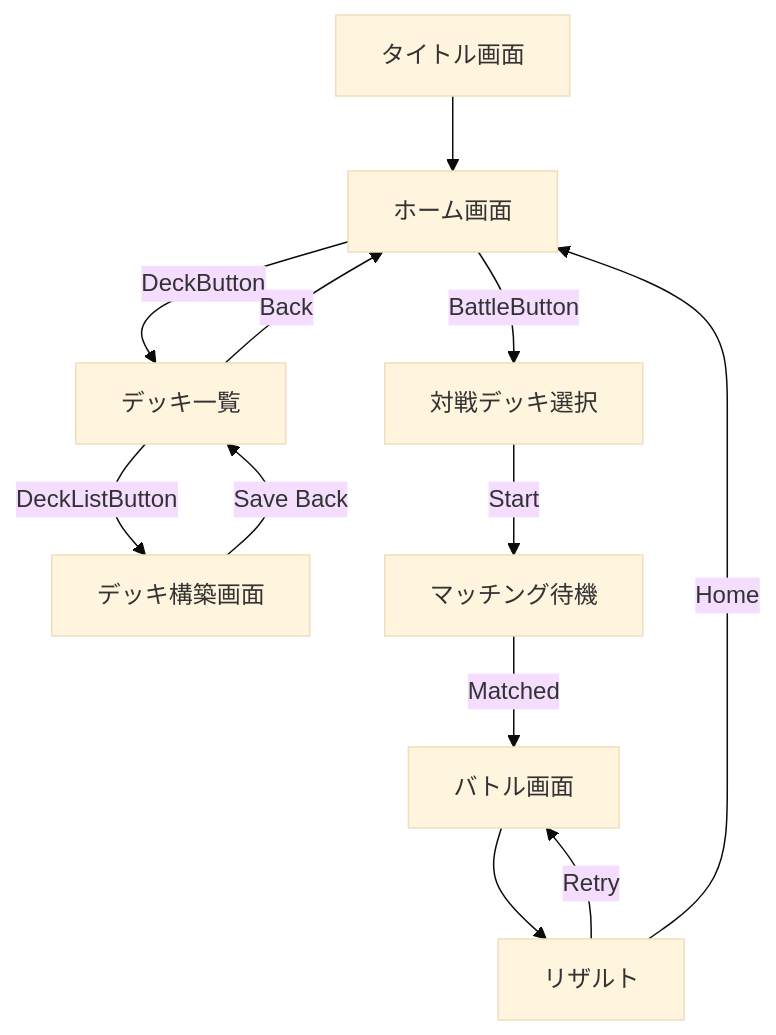
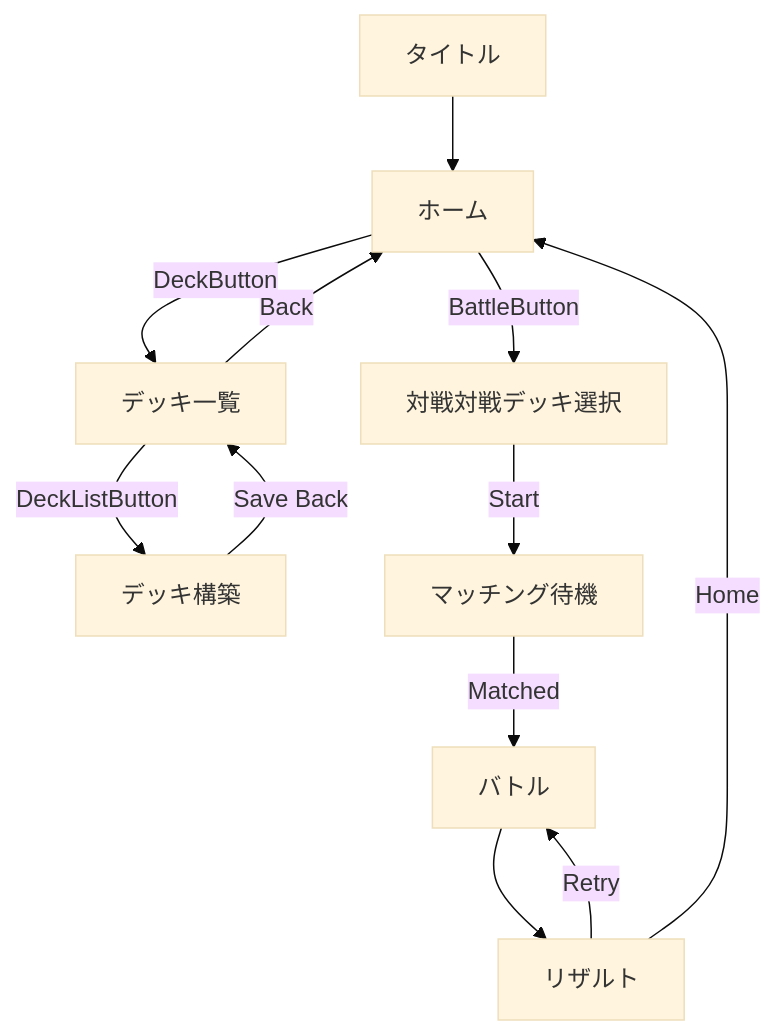
Before and after one commit to nao7075/HAND-TACTICS: the diagram in HAND_TACTICS.md, drawn with Mermaid (base theme). The commit also changed other lines of this file and 4 other files, not shown here.

````diff
--- a/HAND_TACTICS.md
+++ b/HAND_TACTICS.md
@@ -110,17 +128,17 @@
 ```mermaid
 graph TD  
-    Start[タイトル画面] --> Home[ホーム画面];  
+    Start[タイトル] --> Home[ホーム];  
       
     Home -->|DeckButton| DeckList[デッキ一覧];  
-    DeckList -->|DeckListButton| Deck[デッキ構築画面];  
+    DeckList -->|DeckListButton| Deck[デッキ構築];  
     Deck -->|Save  Back| DeckList;  
     DeckList -->|Back| Home;  
       
-    Home -->|BattleButton| DeckSelect[対戦デッキ選択];  
+    Home -->|BattleButton| DeckSelect[対戦対戦デッキ選択];  
     DeckSelect -->|Start| Matching[マッチング待機];  
-    Matching -->|Matched| Battle[バトル画面];  
+    Matching -->|Matched| Battle[バトル];  
       
     Battle --> GameEnd[リザルト];  
     GameEnd -->|Retry| Battle;  
     GameEnd -->|Home| Home;
 ```
````
